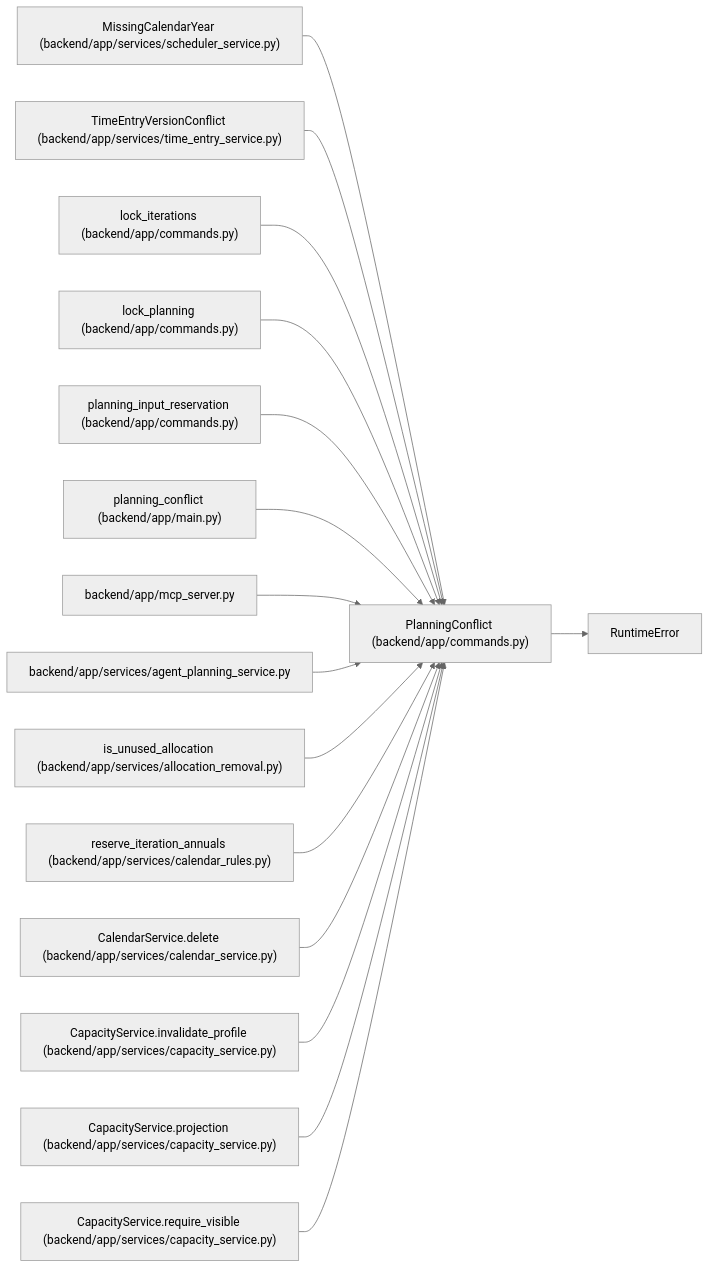
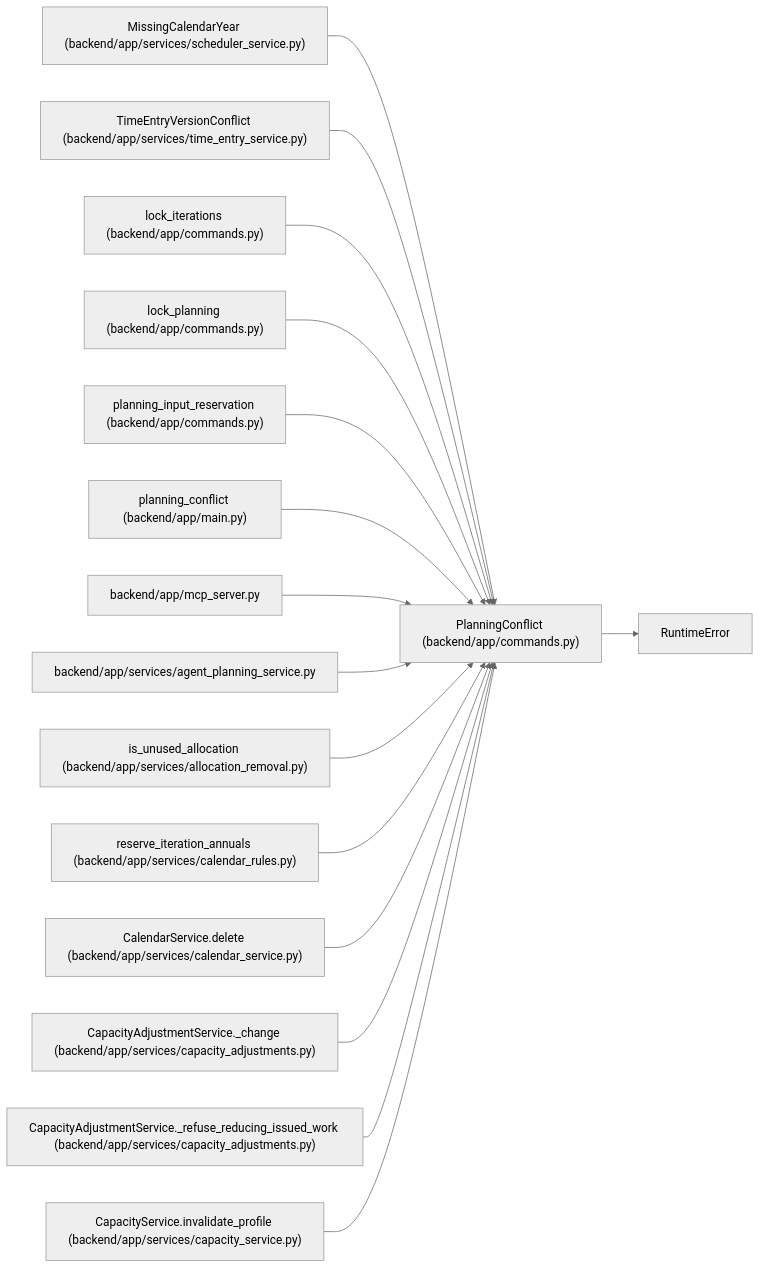
The diagram in docs/llm_wiki/entities/PlanningConflict.md (Denissvgn/WorkChord), drawn with Mermaid (neutral theme) before and after one commit. The commit also changed other lines of this file and 1817 other files, not shown here.

First line of the commit message:
Refresh the architectural wiki for the 1.9.0 changes

````diff
--- a/docs/llm_wiki/entities/PlanningConflict.md
+++ b/docs/llm_wiki/entities/PlanningConflict.md
@@ -26,49 +26,49 @@
 ```mermaid
 flowchart LR
     n0["PlanningConflict (backend/app/commands.py)"]
     n1["RuntimeError"]
     n2["MissingCalendarYear (backend/app/services/scheduler_service.py)"]
     n3["TimeEntryVersionConflict (backend/app/services/time_entry_service.py)"]
     n4["lock_iterations (backend/app/commands.py)"]
     n5["lock_planning (backend/app/commands.py)"]
     n6["planning_input_reservation (backend/app/commands.py)"]
     n7["planning_conflict (backend/app/main.py)"]
     n8["backend/app/mcp_server.py"]
     n9["backend/app/services/agent_planning_service.py"]
     n10["is_unused_allocation (backend/app/services/allocation_removal.py)"]
     n11["reserve_iteration_annuals (backend/app/services/calendar_rules.py)"]
     n12["CalendarService.delete (backend/app/services/calendar_service.py)"]
-    n13["CapacityService.invalidate_profile (backend/app/services/capacity_service.py)"]
-    n14["CapacityService.projection (backend/app/services/capacity_service.py)"]
-    n15["CapacityService.require_visible (backend/app/services/capacity_service.py)"]
+    n13["CapacityAdjustmentService._change (backend/app/services/capacity_adjustments.py)"]
+    n14["CapacityAdjustmentService._refuse_reducing_issued_work (backend/app/services/capacity_adjustments.py)"]
+    n15["CapacityService.invalidate_profile (backend/app/services/capacity_service.py)"]
     n0 --> n1
     n2 --> n0
     n3 --> n0
     n4 --> n0
     n5 --> n0
     n6 --> n0
     n7 --> n0
     n8 --> n0
     n9 --> n0
     n10 --> n0
     n11 --> n0
     n12 --> n0
     n13 --> n0
     n14 --> n0
     n15 --> n0
     click n0 "../modules/commands.md"
     click n2 "../modules/scheduler_service.md"
     click n3 "../modules/time_entry_service.md"
     click n4 "../modules/commands.md"
     click n5 "../modules/commands.md"
     click n6 "../modules/commands.md"
     click n7 "../modules/app_main.md"
     click n8 "../modules/mcp_server.md"
     click n9 "../modules/agent_planning_service.md"
     click n10 "../modules/allocation_removal.md"
     click n11 "../modules/calendar_rules.md"
     click n12 "../modules/calendar_service.md"
-    click n13 "../modules/capacity_service.md"
-    click n14 "../modules/capacity_service.md"
+    click n13 "../modules/capacity_adjustments.md"
+    click n14 "../modules/capacity_adjustments.md"
     click n15 "../modules/capacity_service.md"
 ```
````
